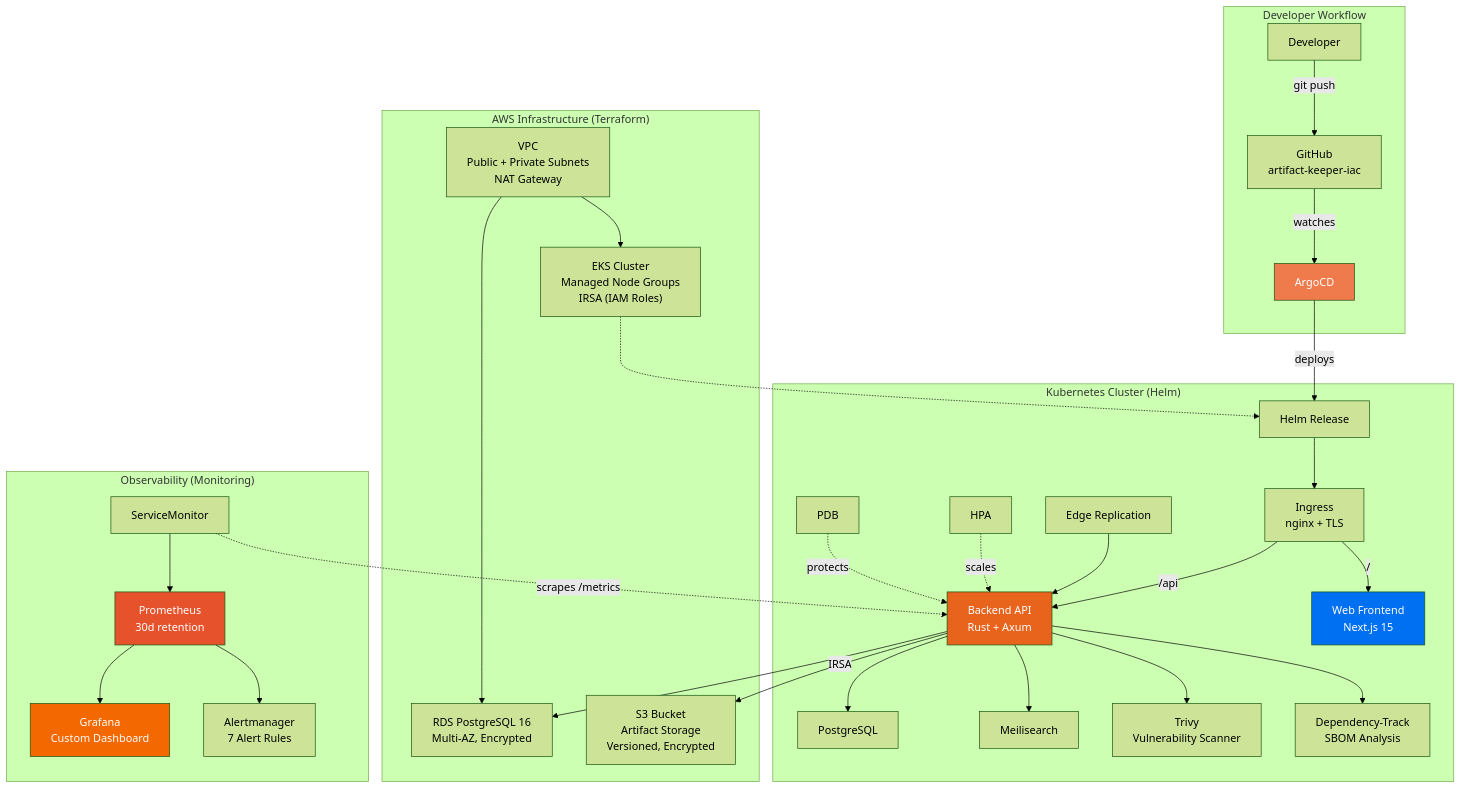
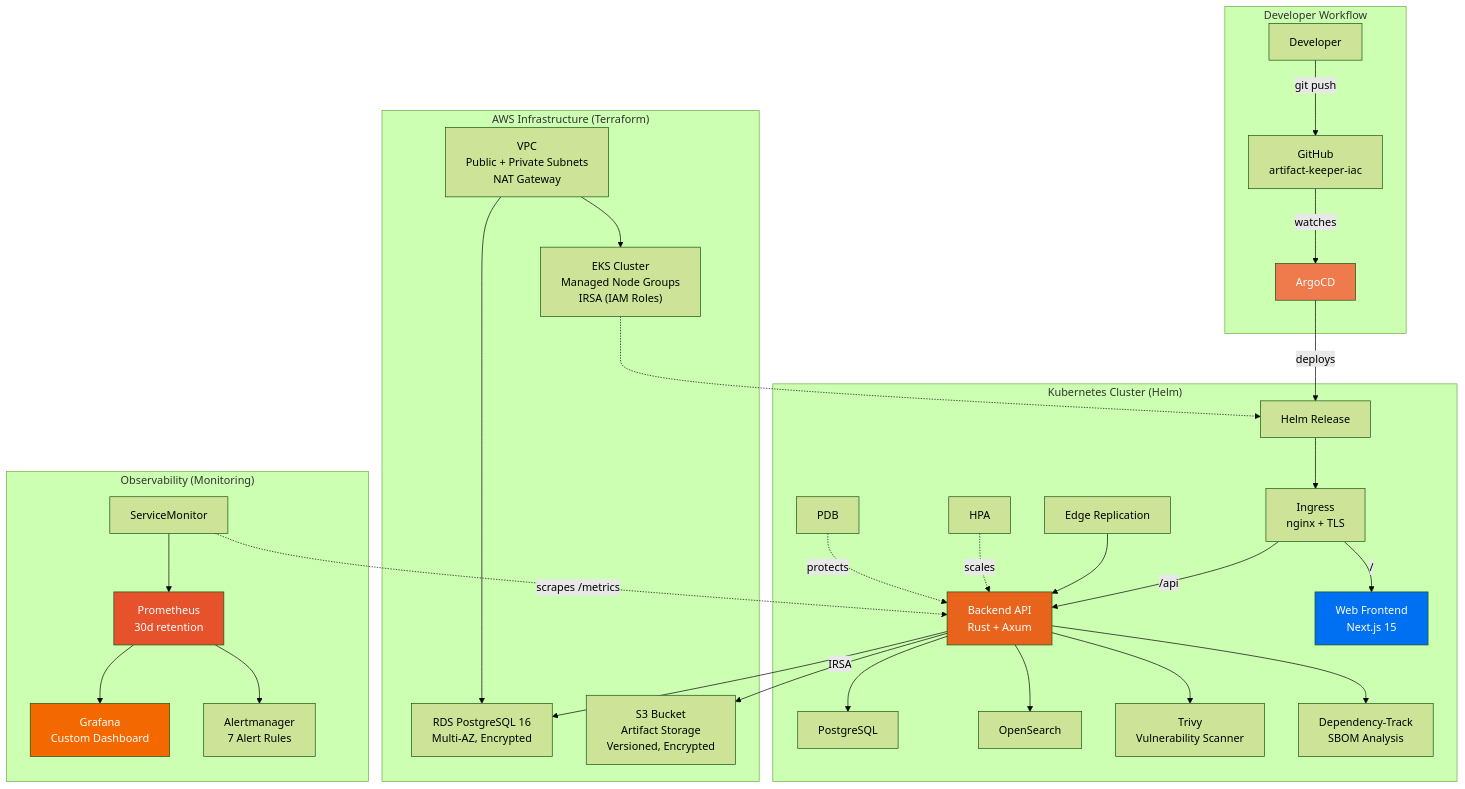
Before and after one commit to artifact-keeper/artifact-keeper-iac: the first of 4 diagrams in README.md, drawn with Mermaid (forest theme). The commit also changed other lines of this file and 19 other files, not shown here.

First line of the commit message:
chore: replace Meilisearch with OpenSearch in Helm chart (companion to artifact-keeper#830) (#67)

````diff
--- a/README.md
+++ b/README.md
@@ -9,50 +9,50 @@
 ```mermaid
 graph TB
     subgraph "Developer Workflow"
         DEV["Developer"] -->|git push| GIT["GitHub<br/>artifact-keeper-iac"]
         GIT -->|watches| ARGO["ArgoCD"]
     end
 
     subgraph "AWS Infrastructure (Terraform)"
         VPC["VPC<br/>Public + Private Subnets<br/>NAT Gateway"]
         EKS["EKS Cluster<br/>Managed Node Groups<br/>IRSA (IAM Roles)"]
         RDS["RDS PostgreSQL 16<br/>Multi-AZ, Encrypted"]
         S3["S3 Bucket<br/>Artifact Storage<br/>Versioned, Encrypted"]
         VPC --> EKS
         VPC --> RDS
     end
 
     subgraph "Kubernetes Cluster (Helm)"
         ARGO -->|deploys| HELM["Helm Release"]
         HELM --> ING["Ingress<br/>nginx + TLS"]
 
         ING -->|/api| BE["Backend API<br/>Rust + Axum"]
         ING -->|/| WEB["Web Frontend<br/>Next.js 15"]
 
         BE --> PG["PostgreSQL"]
-        BE --> MS["Meilisearch"]
+        BE --> MS["OpenSearch"]
         BE --> TV["Trivy<br/>Vulnerability Scanner"]
         BE --> DT["Dependency-Track<br/>SBOM Analysis"]
         EDGE["Edge Replication"] --> BE
 
         HPA["HPA"] -.->|scales| BE
         PDB["PDB"] -.->|protects| BE
     end
 
     subgraph "Observability (Monitoring)"
         SM["ServiceMonitor"] -.->|scrapes /metrics| BE
         SM --> PROM["Prometheus<br/>30d retention"]
         PROM --> GRAF["Grafana<br/>Custom Dashboard"]
         PROM --> ALERT["Alertmanager<br/>7 Alert Rules"]
     end
 
     EKS -.-> HELM
     BE -->|IRSA| S3
     BE --> RDS
 
     style BE fill:#e8631c,color:#fff
     style WEB fill:#0070f3,color:#fff
     style ARGO fill:#ef7b4d,color:#fff
     style PROM fill:#e6522c,color:#fff
     style GRAF fill:#f46800,color:#fff
 ```
````
